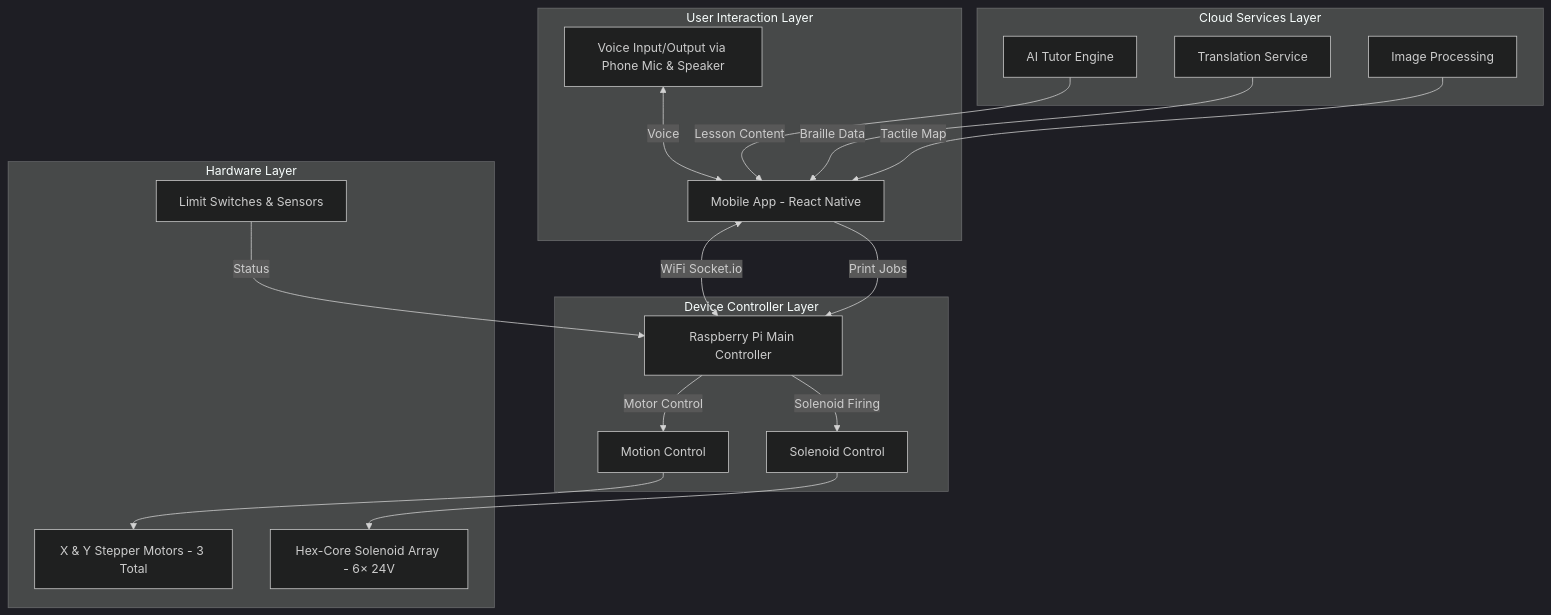
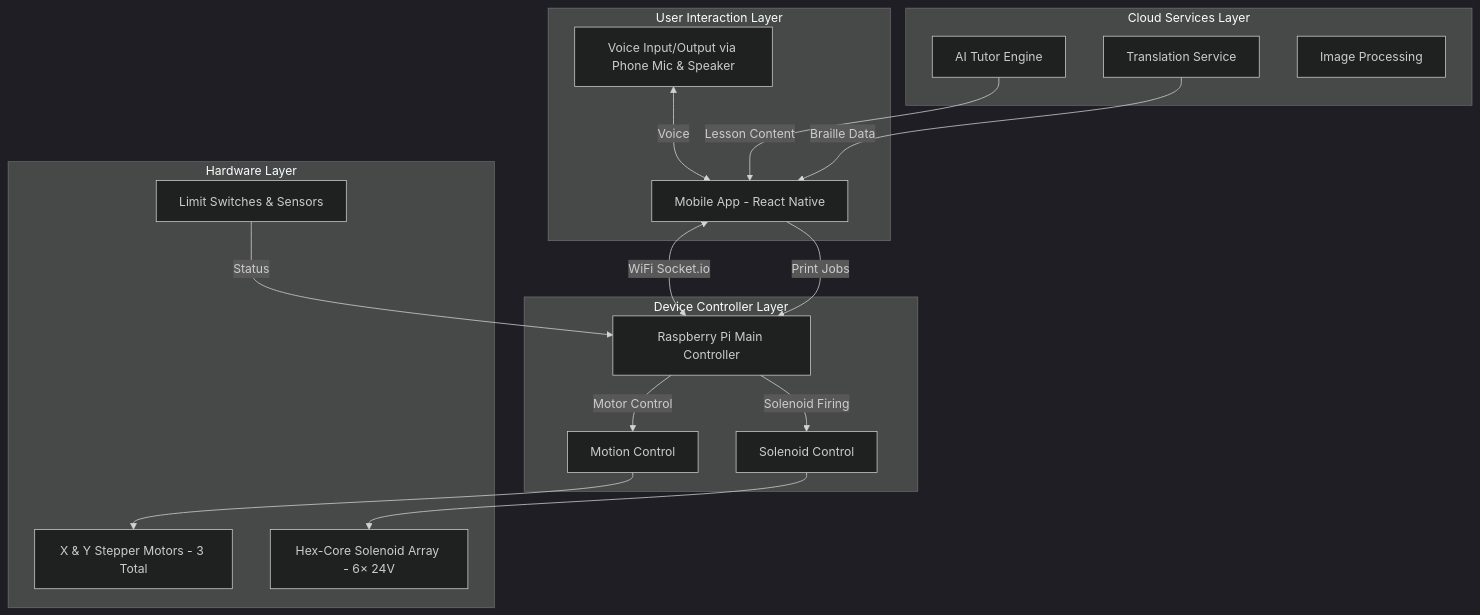
The first of 5 diagrams in 04_System_Architecture.md (vikrantwiz02/DFP-13), drawn with Mermaid (dark theme) before and after one commit. The commit also changed other lines of this file and 2 other files, not shown here.

````diff
--- a/04_System_Architecture.md
+++ b/04_System_Architecture.md
@@ -9,37 +9,36 @@
 ```mermaid
 graph TB
     subgraph "User Interaction Layer"
         A[Mobile App - React Native]
         B[Voice Input/Output via Phone Mic & Speaker]
     end
     
     subgraph "Cloud Services Layer"
         D[AI Tutor Engine]
         E[Translation Service]
         F[Image Processing]
     end
     
     subgraph "Device Controller Layer"
         I[Raspberry Pi Main Controller]
         J[Motion Control]
         K[Solenoid Control]
     end
     
     subgraph "Hardware Layer"
         M[X & Y Stepper Motors - 3 Total]
         N[Hex-Core Solenoid Array - 6× 24V]
         O[Limit Switches & Sensors]
     end
     
     A <-->|WiFi Socket.io| I
     B <-->|Voice| A
     D -->|Lesson Content| A
     E -->|Braille Data| A
-    F -->|Tactile Map| A
     A -->|Print Jobs| I
     I -->|Motor Control| J
     I -->|Solenoid Firing| K
     J --> M
     K --> N
     O -->|Status| I
 ```
````
